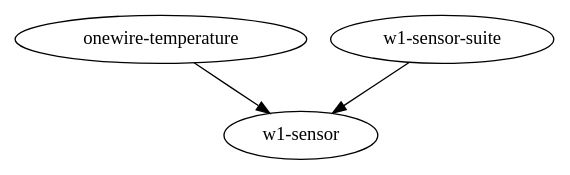
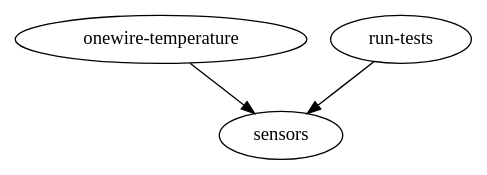
One commit to jfasch/jfasch-home changed the diagram in trainings/material/soup/cxx03/020-data-encapsulation/exercises-fh/exercise-FH-sensor-oo.rst. Above: the diagram before and after it, drawn with Graphviz. The commit also changed other lines of this file and 14 other files, not shown here.

```diff
--- a/trainings/material/soup/cxx03/020-data-encapsulation/exercises-fh/exercise-FH-sensor-oo.rst
+++ b/trainings/material/soup/cxx03/020-data-encapsulation/exercises-fh/exercise-FH-sensor-oo.rst
@@ -77,6 +81,6 @@
 .. graphviz::
 
    digraph foo {
-       "onewire-temperature" -> "w1-sensor";
-       "w1-sensor-suite" -> "w1-sensor";
+       "onewire-temperature" -> "sensors";
+       "run-tests" -> "sensors";
    }
```
